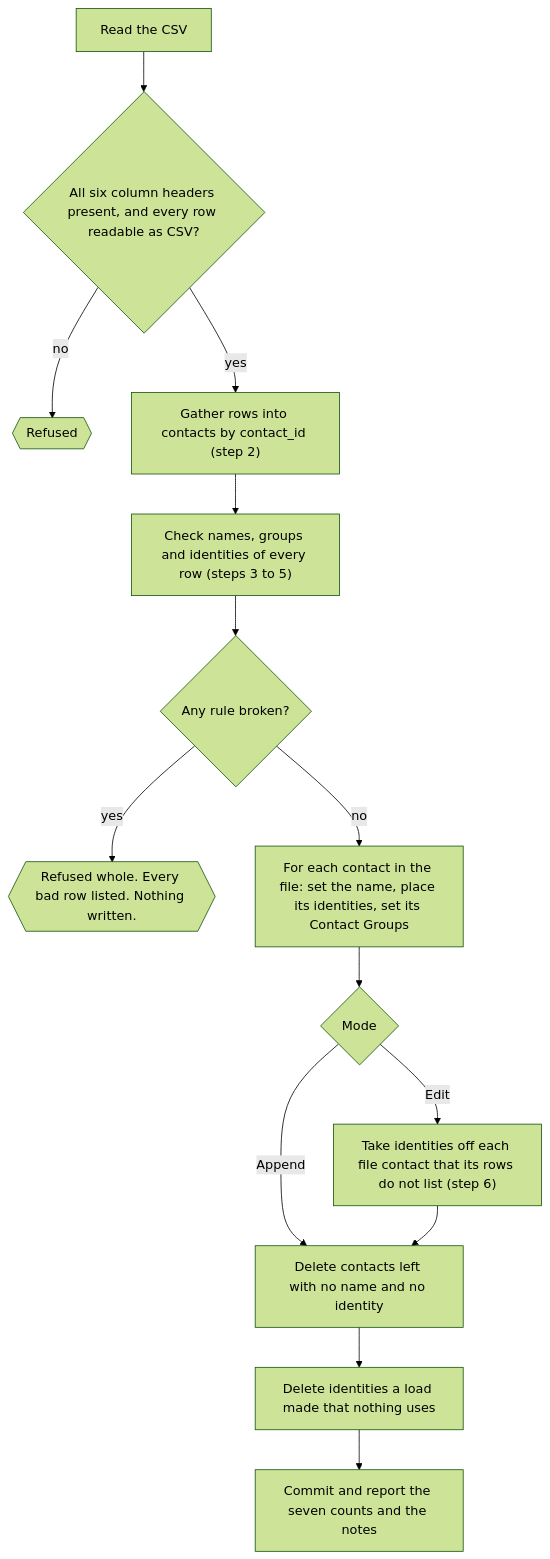
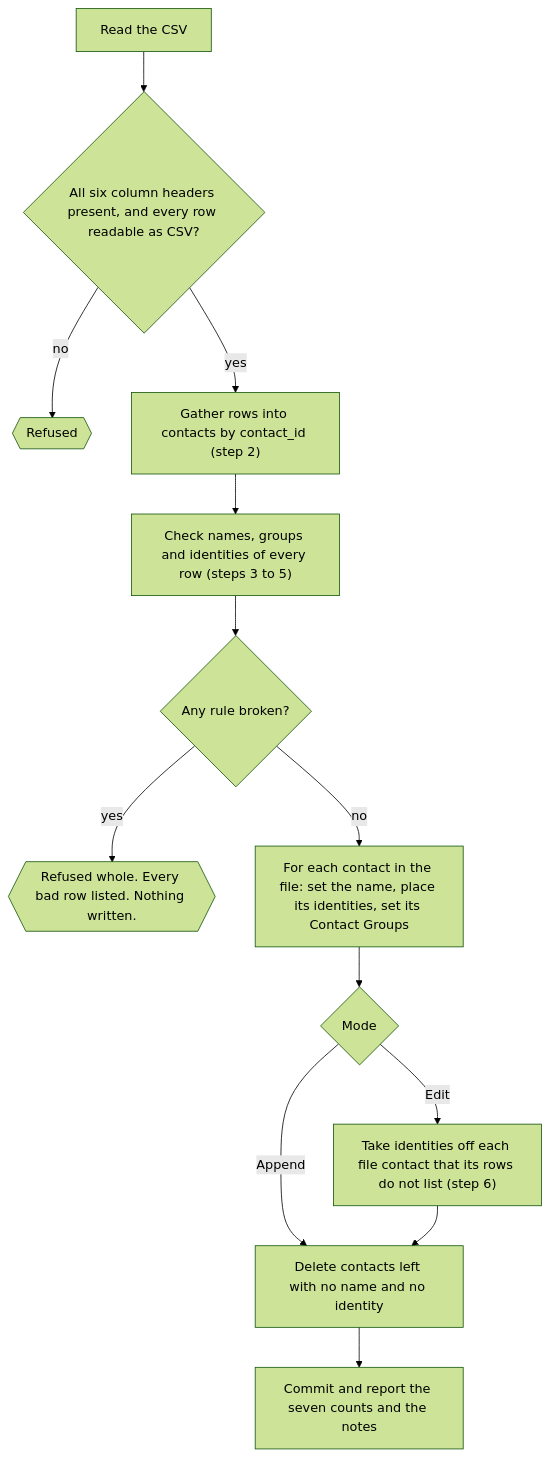
One commit to bitrealm-io/message-vault changed the third of 8 diagrams in docs/architecture/how-contacts-are-made-and-changed.md. Above: the diagram before and after it, drawn with Mermaid (forest theme). The commit also changed other lines of this file and 33 other files, not shown here.

````diff
--- a/docs/architecture/how-contacts-are-made-and-changed.md
+++ b/docs/architecture/how-contacts-are-made-and-changed.md
@@ -120,16 +140,15 @@
 ```mermaid
 flowchart TD
   A["Read the CSV"] --> B{"All six column headers present, and every row readable as CSV?"}
   B -- no --> R{{"Refused"}}
   B -- yes --> C["Gather rows into contacts by contact_id (step 2)"]
   C --> D["Check names, groups and identities of every row (steps 3 to 5)"]
   D --> E{"Any rule broken?"}
   E -- yes --> R2{{"Refused whole. Every bad row listed. Nothing written."}}
   E -- no --> F["For each contact in the file: set the name, place its identities, set its Contact Groups"]
   F --> G{"Mode"}
   G -- Append --> I
   G -- Edit --> H["Take identities off each file contact that its rows do not list (step 6)"]
   H --> I["Delete contacts left with no name and no identity"]
-  I --> J["Delete identities a load made that nothing uses"]
-  J --> K["Commit and report the seven counts and the notes"]
+  I --> K["Commit and report the seven counts and the notes"]
 ```
````
